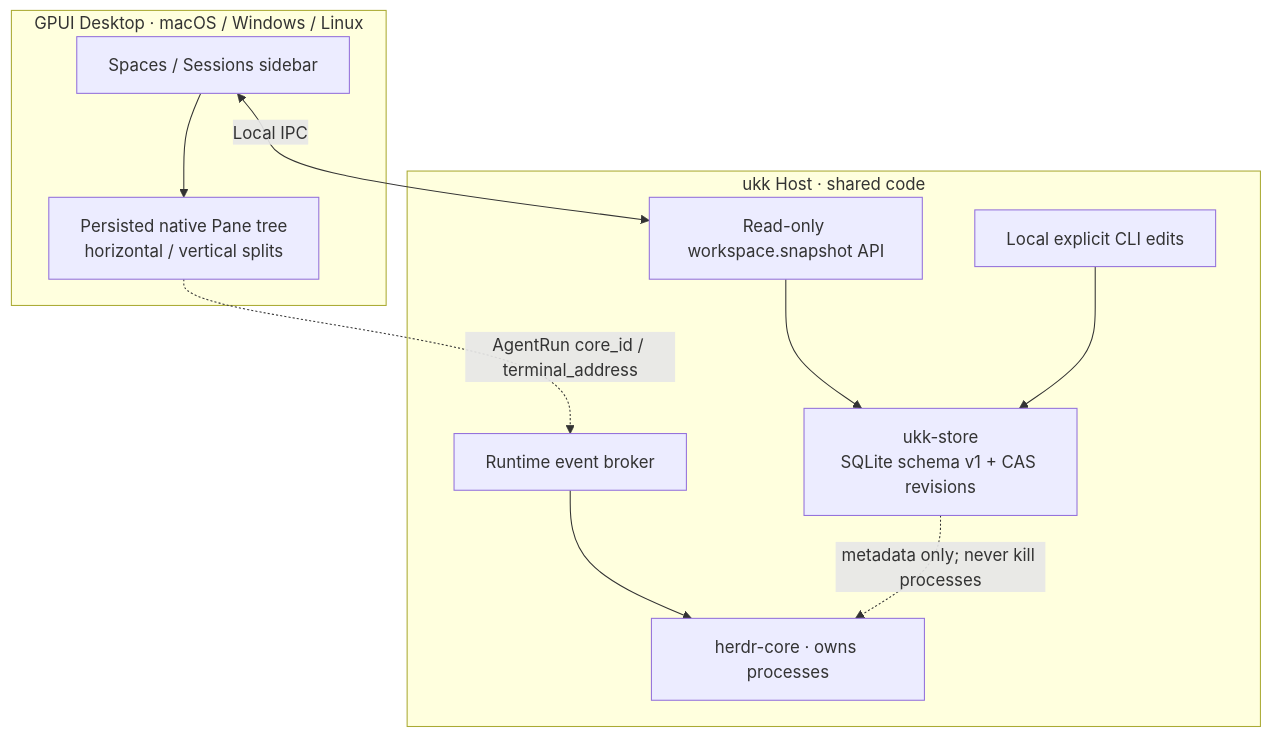
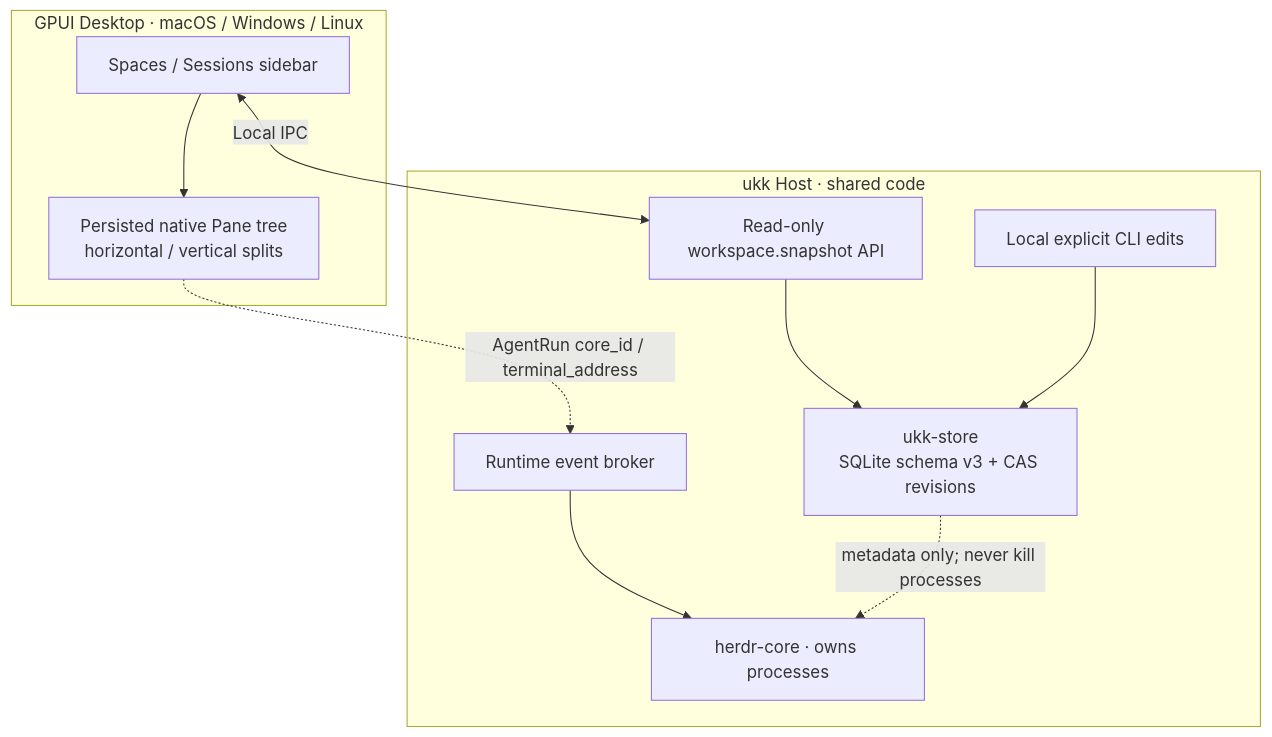
The diagram in docs/WORKSPACE_PERSISTENCE.md (suj1e/ukk), drawn with Mermaid before and after one commit. The commit also changed other lines of this file and 5 other files, not shown here.

First line of the commit message:
feat(store): verified SQLite backup, guarded restore and db-doctor (#36)

````diff
--- a/docs/WORKSPACE_PERSISTENCE.md
+++ b/docs/WORKSPACE_PERSISTENCE.md
@@ -16,19 +16,19 @@
 ```mermaid
 flowchart TB
   subgraph Desktop["GPUI Desktop · macOS / Windows / Linux"]
     UI["Spaces / Sessions sidebar"]
     PANES["Persisted native Pane tree<br/>horizontal / vertical splits"]
     UI --> PANES
   end
   subgraph Host["ukk Host · shared code"]
     READ["Read-only workspace.snapshot API"]
     CLI["Local explicit CLI edits"]
-    STORE["ukk-store<br/>SQLite schema v1 + CAS revisions"]
+    STORE["ukk-store<br/>SQLite schema v3 + CAS revisions"]
     READ --> STORE
     CLI --> STORE
     B["Runtime event broker"] --> HC["herdr-core · owns processes"]
   end
   UI <-->|"Local IPC"| READ
   PANES -. "AgentRun core_id / terminal_address" .-> B
   STORE -. "metadata only; never kill processes" .-> HC
 ```
````
